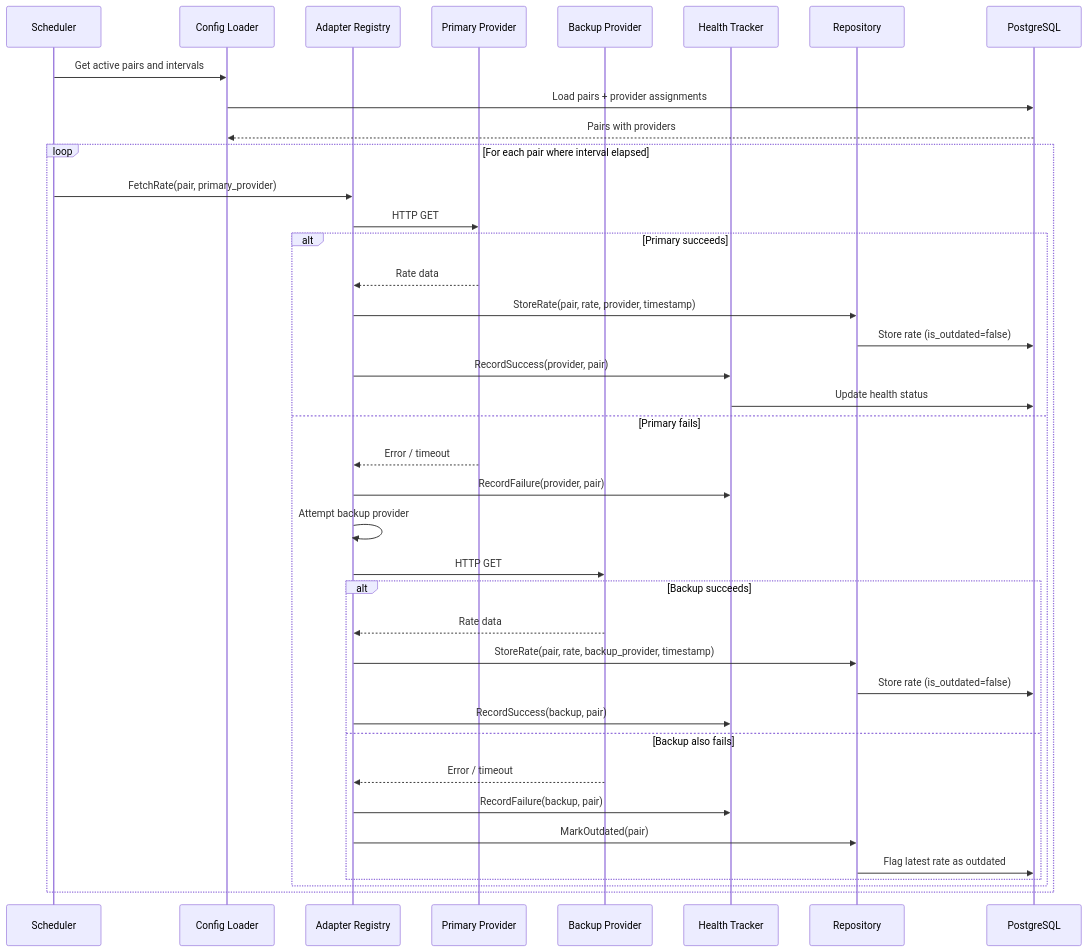
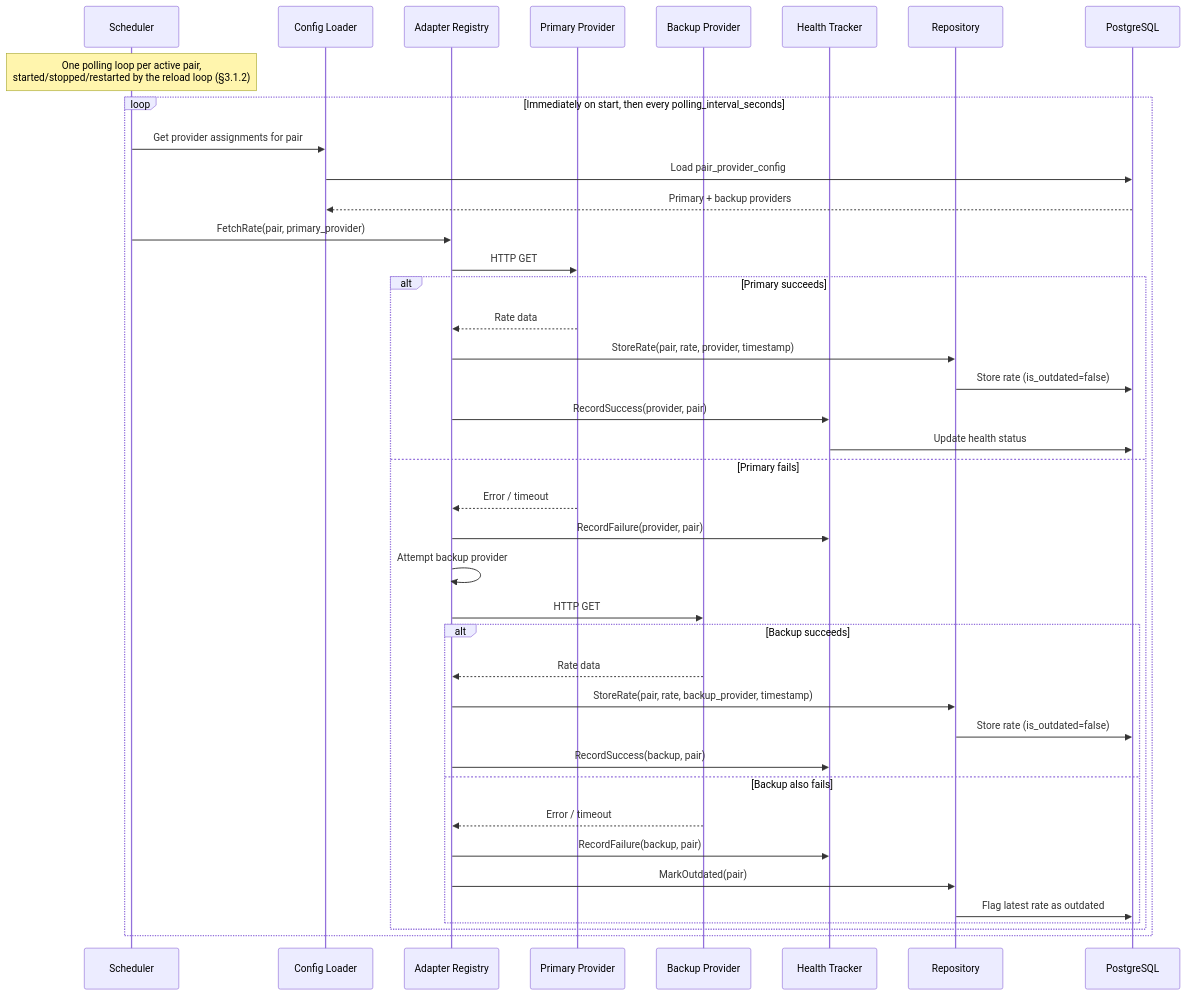
The fourth of 8 diagrams in Documentation/currency_rate_service_srs.md (DigitLock/currency-rate-service), drawn with Mermaid before and after one commit. The commit also changed other lines of this file and 3 other files, not shown here.

First line of the commit message:
docs: CAS S2 package — new pairs, rate_decimal, config hot reload

````diff
--- a/Documentation/currency_rate_service_srs.md
+++ b/Documentation/currency_rate_service_srs.md
@@ -460,43 +467,44 @@
 ```mermaid
 sequenceDiagram
     participant Scheduler
     participant Config as Config Loader
     participant AR as Adapter Registry
     participant Primary as Primary Provider
     participant Backup as Backup Provider
     participant HT as Health Tracker
     participant Repo as Repository
     participant DB as PostgreSQL
 
-    Scheduler->>Config: Get active pairs and intervals
-    Config->>DB: Load pairs + provider assignments
-    DB-->>Config: Pairs with providers
+    Note over Scheduler: One polling loop per active pair,<br/>started/stopped/restarted by the reload loop (§3.1.2)
 
-    loop For each pair where interval elapsed
+    loop Immediately on start, then every polling_interval_seconds
+        Scheduler->>Config: Get provider assignments for pair
+        Config->>DB: Load pair_provider_config
+        DB-->>Config: Primary + backup providers
         Scheduler->>AR: FetchRate(pair, primary_provider)
         AR->>Primary: HTTP GET
         alt Primary succeeds
             Primary-->>AR: Rate data
             AR->>Repo: StoreRate(pair, rate, provider, timestamp)
             Repo->>DB: Store rate (is_outdated=false)
             AR->>HT: RecordSuccess(provider, pair)
             HT->>DB: Update health status
         else Primary fails
             Primary-->>AR: Error / timeout
             AR->>HT: RecordFailure(provider, pair)
             AR->>AR: Attempt backup provider
             AR->>Backup: HTTP GET
             alt Backup succeeds
                 Backup-->>AR: Rate data
                 AR->>Repo: StoreRate(pair, rate, backup_provider, timestamp)
                 Repo->>DB: Store rate (is_outdated=false)
                 AR->>HT: RecordSuccess(backup, pair)
             else Backup also fails
                 Backup-->>AR: Error / timeout
                 AR->>HT: RecordFailure(backup, pair)
                 AR->>Repo: MarkOutdated(pair)
                 Repo->>DB: Flag latest rate as outdated
             end
         end
     end
 ```
````
